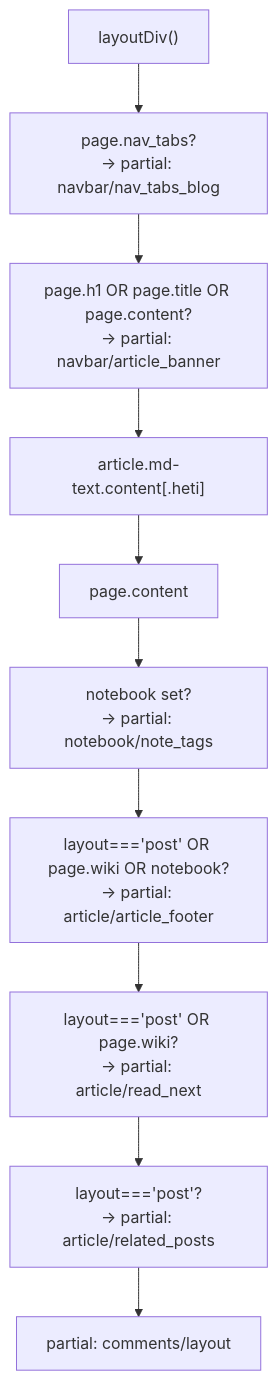
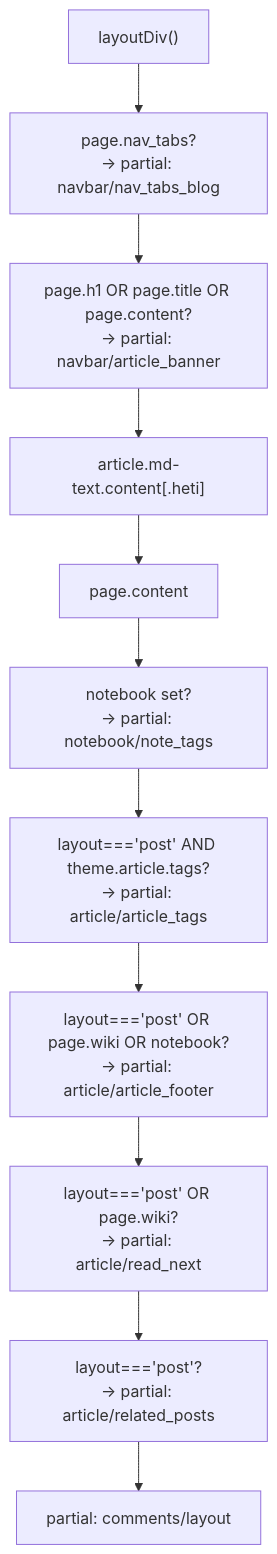
Before and after one commit to penndu/hexo: the fifth of 5 diagrams in themes/stellar/docs/knowledge/02-布局系统/page-templates-routing.md, drawn with Mermaid. The commit also changed other lines of this file and 33 other files, not shown here.

````diff
--- a/themes/stellar/docs/knowledge/02-布局系统/page-templates-routing.md
+++ b/themes/stellar/docs/knowledge/02-布局系统/page-templates-routing.md
@@ -167,12 +167,13 @@
 ```mermaid
 flowchart TD
     START["layoutDiv()"] --> NAVTABS["page.nav_tabs?\n→ partial: navbar/nav_tabs_blog"]
     NAVTABS --> BANNER["page.h1 OR page.title OR page.content?\n→ partial: navbar/article_banner"]
     BANNER --> ARTICLE["article.md-text.content[.heti]"]
     ARTICLE --> CONTENT["page.content"]
     CONTENT --> NOTETAGS["notebook set?\n→ partial: notebook/note_tags"]
-    NOTETAGS --> FOOTER["layout==='post' OR page.wiki OR notebook?\n→ partial: article/article_footer"]
+    NOTETAGS --> TAGS["layout==='post' AND theme.article.tags?\n→ partial: article/article_tags"]
+    TAGS --> FOOTER["layout==='post' OR page.wiki OR notebook?\n→ partial: article/article_footer"]
     FOOTER --> READNEXT["layout==='post' OR page.wiki?\n→ partial: article/read_next"]
     READNEXT --> RELATED["layout==='post'?\n→ partial: article/related_posts"]
     RELATED --> COMMENTS["partial: comments/layout"]
 ```
````
